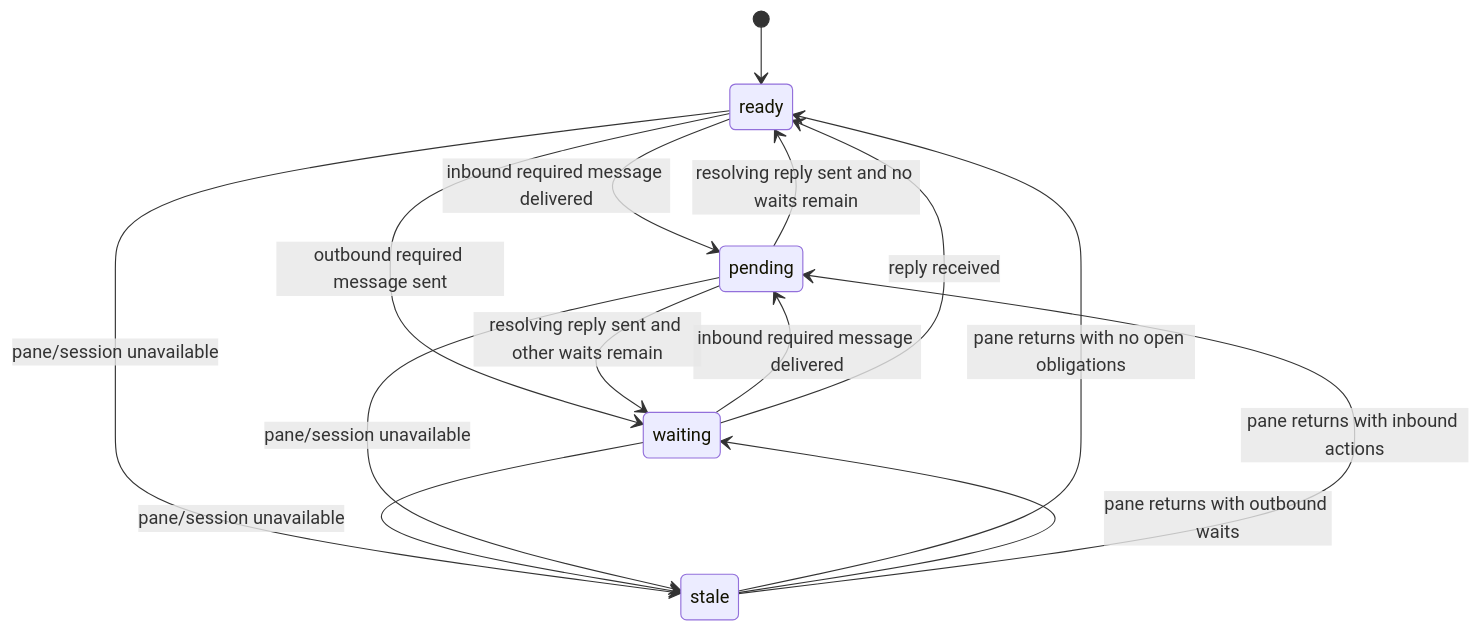
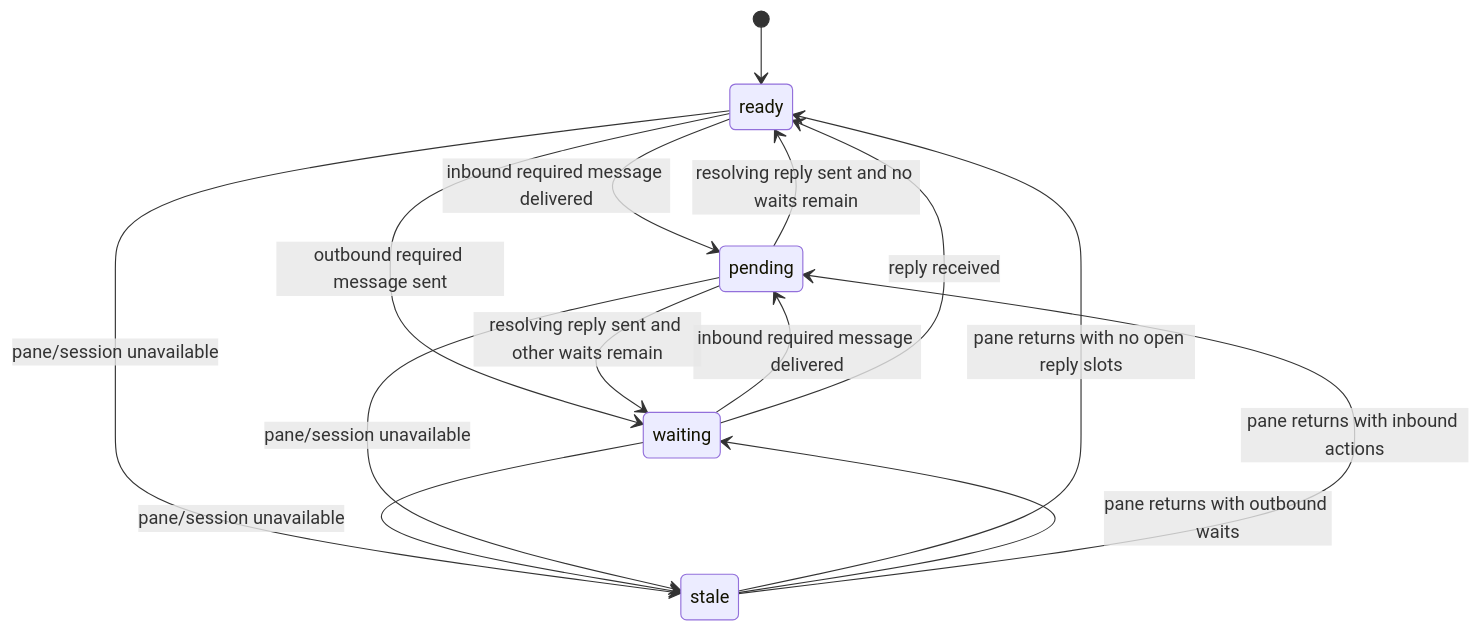
One commit to i9wa4/tmux-a2a-postman changed the diagram in docs/design/node-state-machine.md. Above: the diagram before and after it, drawn with Mermaid. The commit also changed other lines of this file and 20 other files, not shown here.

````diff
--- a/docs/design/node-state-machine.md
+++ b/docs/design/node-state-machine.md
@@ -90,16 +90,16 @@
 ```mermaid
 stateDiagram-v2
     [*] --> ready
     ready --> pending: inbound required message delivered
     ready --> waiting: outbound required message sent
     pending --> waiting: resolving reply sent and other waits remain
     pending --> ready: resolving reply sent and no waits remain
     waiting --> pending: inbound required message delivered
     waiting --> ready: reply received
     ready --> stale: pane/session unavailable
     waiting --> stale: pane/session unavailable
     pending --> stale: pane/session unavailable
-    stale --> ready: pane returns with no open obligations
+    stale --> ready: pane returns with no open reply slots
     stale --> waiting: pane returns with outbound waits
     stale --> pending: pane returns with inbound actions
 ```
````
